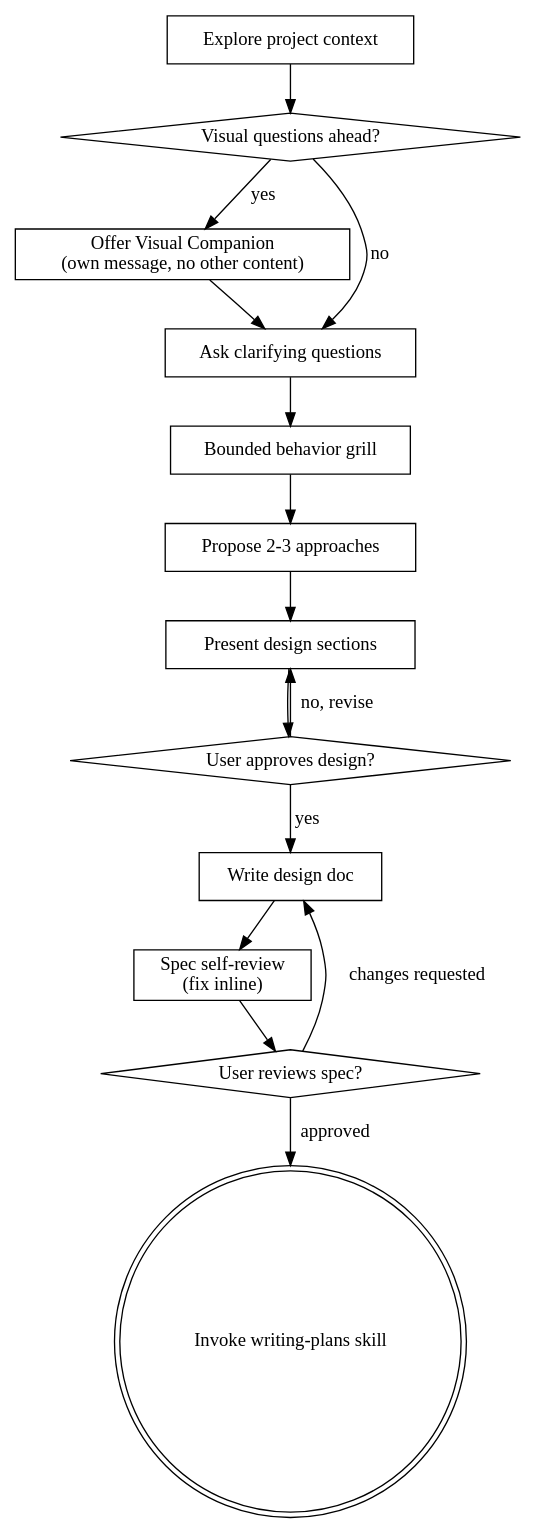
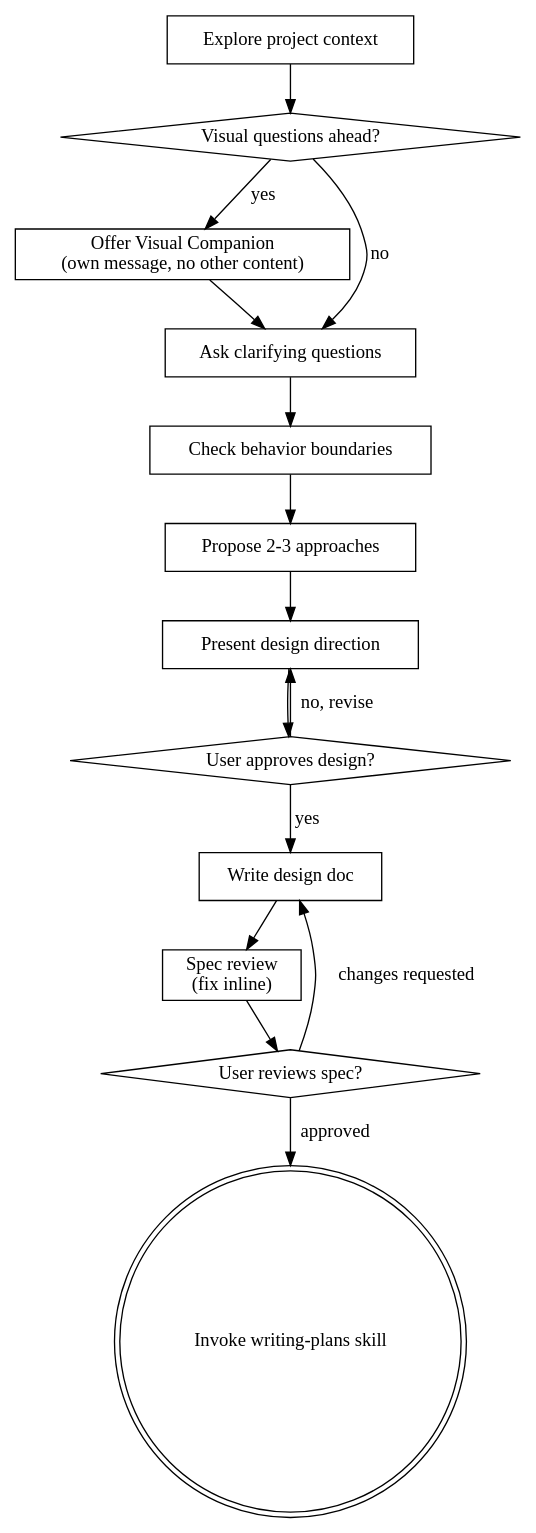
One commit to zhexulong/bdd-superpowers changed the diagram in skills/brainstorming/SKILL.md. Above: the diagram before and after it, drawn with Graphviz. The commit also changed other lines of this file and 5 other files, not shown here.

Commit message:
feat: add design direction review gates

````diff
--- a/skills/brainstorming/SKILL.md
+++ b/skills/brainstorming/SKILL.md
@@ -37,31 +37,31 @@
 ```dot
 digraph brainstorming {
     "Explore project context" [shape=box];
     "Visual questions ahead?" [shape=diamond];
     "Offer Visual Companion\n(own message, no other content)" [shape=box];
     "Ask clarifying questions" [shape=box];
-    "Bounded behavior grill" [shape=box];
+    "Check behavior boundaries" [shape=box];
     "Propose 2-3 approaches" [shape=box];
-    "Present design sections" [shape=box];
+    "Present design direction" [shape=box];
     "User approves design?" [shape=diamond];
     "Write design doc" [shape=box];
-    "Spec self-review\n(fix inline)" [shape=box];
+    "Spec review\n(fix inline)" [shape=box];
     "User reviews spec?" [shape=diamond];
     "Invoke writing-plans skill" [shape=doublecircle];
 
     "Explore project context" -> "Visual questions ahead?";
     "Visual questions ahead?" -> "Offer Visual Companion\n(own message, no other content)" [label="yes"];
     "Visual questions ahead?" -> "Ask clarifying questions" [label="no"];
     "Offer Visual Companion\n(own message, no other content)" -> "Ask clarifying questions";
-    "Ask clarifying questions" -> "Bounded behavior grill";
-    "Bounded behavior grill" -> "Propose 2-3 approaches";
-    "Propose 2-3 approaches" -> "Present design sections";
-    "Present design sections" -> "User approves design?";
-    "User approves design?" -> "Present design sections" [label="no, revise"];
+    "Ask clarifying questions" -> "Check behavior boundaries";
+    "Check behavior boundaries" -> "Propose 2-3 approaches";
+    "Propose 2-3 approaches" -> "Present design direction";
+    "Present design direction" -> "User approves design?";
+    "User approves design?" -> "Present design direction" [label="no, revise"];
     "User approves design?" -> "Write design doc" [label="yes"];
-    "Write design doc" -> "Spec self-review\n(fix inline)";
-    "Spec self-review\n(fix inline)" -> "User reviews spec?";
+    "Write design doc" -> "Spec review\n(fix inline)";
+    "Spec review\n(fix inline)" -> "User reviews spec?";
     "User reviews spec?" -> "Write design doc" [label="changes requested"];
     "User reviews spec?" -> "Invoke writing-plans skill" [label="approved"];
 }
 ```
````
